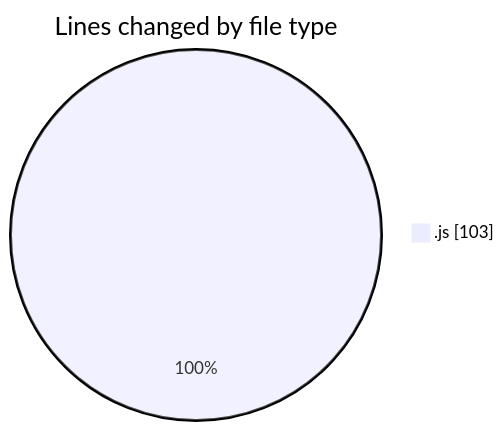
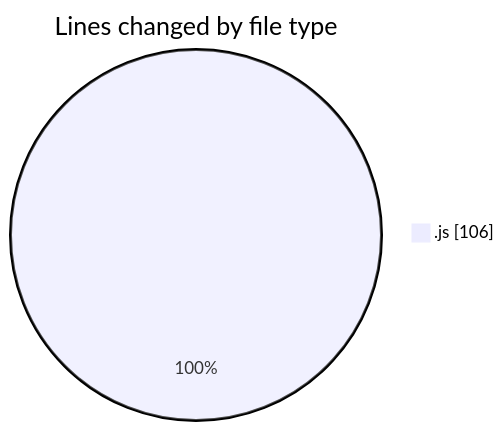
One commit to lephambinh05/code-tracking changed the first of 2 diagrams in 2025-09-07/quytuthien_vn/README.md. Above: the diagram before and after it, drawn with Mermaid. The commit also changed other lines of this file and 1 other file, not shown here.

````diff
--- a/2025-09-07/quytuthien_vn/README.md
+++ b/2025-09-07/quytuthien_vn/README.md
@@ -21,5 +21,5 @@
 ```mermaid
 pie showData
 title Lines changed by file type
-".js" : 103
+".js" : 106
 ```
````
